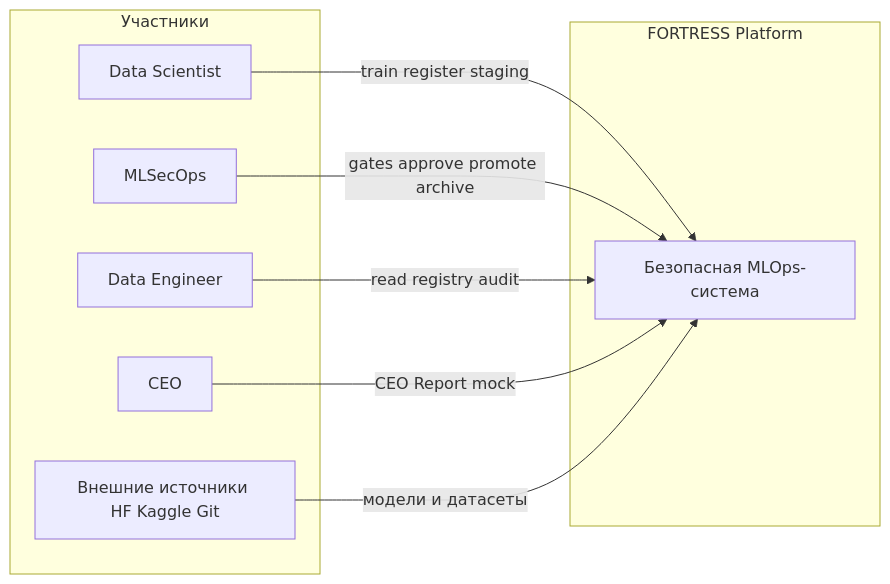
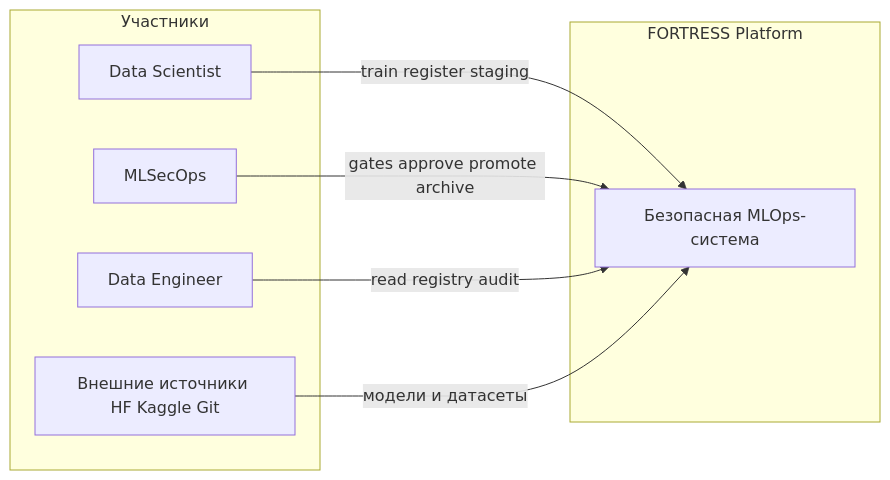
The first of 15 diagrams in docs/architecture_full.md (Ermakov764/Alfa_bank_MLSecOps), drawn with Mermaid before and after one commit. The commit also changed other lines of this file and 10 other files, not shown here.

First line of the commit message:
docs: sync architecture and guides with current Docker stack

````diff
--- a/docs/architecture_full.md
+++ b/docs/architecture_full.md
@@ -40,20 +40,18 @@
 ```mermaid
 flowchart LR
   subgraph actors [Участники]
     DS[Data Scientist]
     MSO[MLSecOps]
     DE[Data Engineer]
-    CEO[CEO]
     EXT[Внешние источники HF Kaggle Git]
   end
 
   subgraph fortress [FORTRESS Platform]
     SYS[Безопасная MLOps-система]
   end
 
   DS -->|train register staging| SYS
   MSO -->|gates approve promote archive| SYS
   DE -->|read registry audit| SYS
-  CEO -->|CEO Report mock| SYS
   EXT -->|модели и датасеты| SYS
 ```
````
